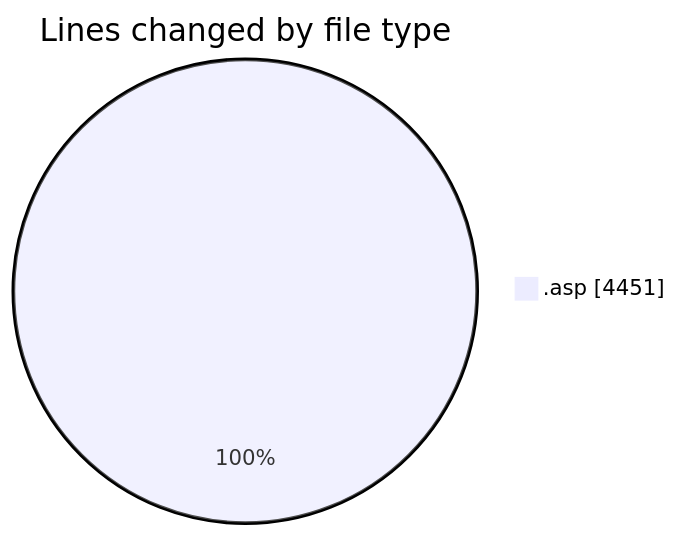
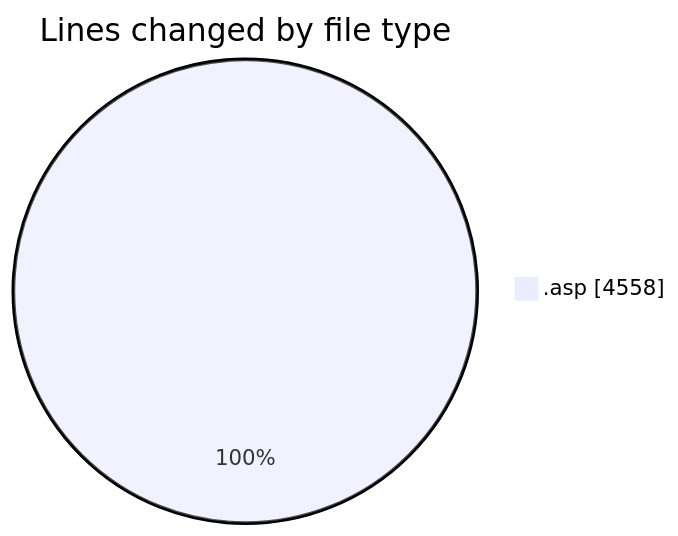
The first of 2 diagrams in 2025-10-17/cdp_aleoudev_fr__workspace_/README.md (julien-gomy/code-tracking), drawn with Mermaid before and after one commit. The commit also changed other lines of this file and 1 other file, not shown here.

````diff
--- a/2025-10-17/cdp_aleoudev_fr__workspace_/README.md
+++ b/2025-10-17/cdp_aleoudev_fr__workspace_/README.md
@@ -24,5 +24,5 @@
 ```mermaid
 pie showData
 title Lines changed by file type
-".asp" : 4451
+".asp" : 4558
 ```
````
